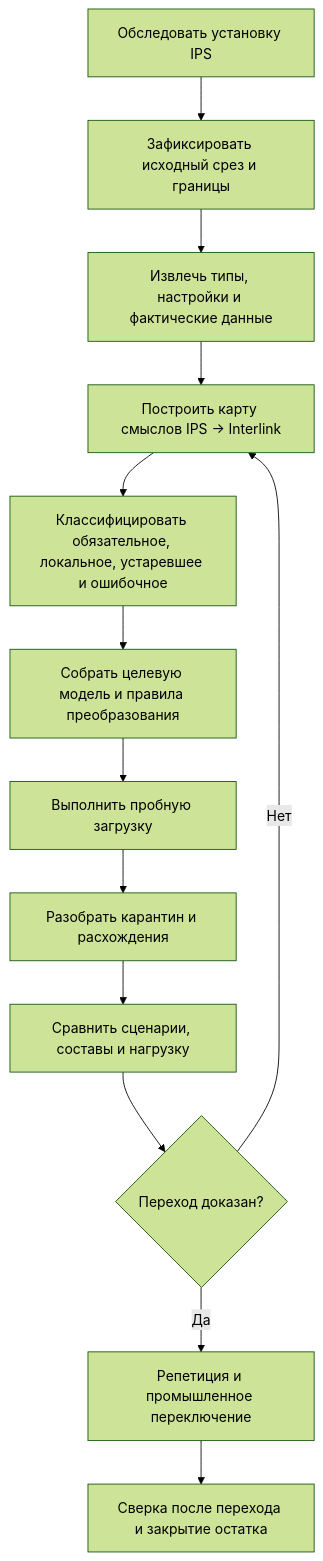
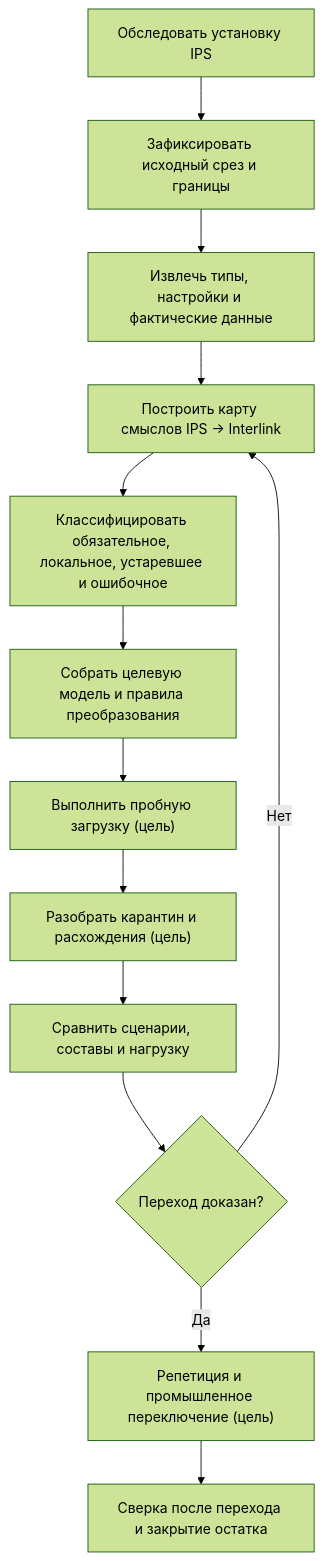
One commit to ZelAnton/Interlink-product-book changed the first of 2 diagrams in docs/data-structure/19-ips-migration-operating-model.md. Above: the diagram before and after it, drawn with Mermaid (forest theme). The commit also changed other lines of this file and 231 other files, not shown here.

````diff
--- a/docs/data-structure/19-ips-migration-operating-model.md
+++ b/docs/data-structure/19-ips-migration-operating-model.md
@@ -29,15 +27,15 @@
 ```mermaid
 flowchart TD
     A["Обследовать установку IPS"] --> B["Зафиксировать исходный срез и границы"]
     B --> C["Извлечь типы, настройки и фактические данные"]
     C --> D["Построить карту смыслов IPS → Interlink"]
     D --> E["Классифицировать обязательное, локальное, устаревшее и ошибочное"]
     E --> F["Собрать целевую модель и правила преобразования"]
-    F --> G["Выполнить пробную загрузку"]
-    G --> H["Разобрать карантин и расхождения"]
+    F --> G["Выполнить пробную загрузку (цель)"]
+    G --> H["Разобрать карантин и расхождения (цель)"]
     H --> I["Сравнить сценарии, составы и нагрузку"]
     I --> J{"Переход доказан?"}
     J -->|"Нет"| D
-    J -->|"Да"| K["Репетиция и промышленное переключение"]
+    J -->|"Да"| K["Репетиция и промышленное переключение (цель)"]
     K --> L["Сверка после перехода и закрытие остатка"]
 ```
````
